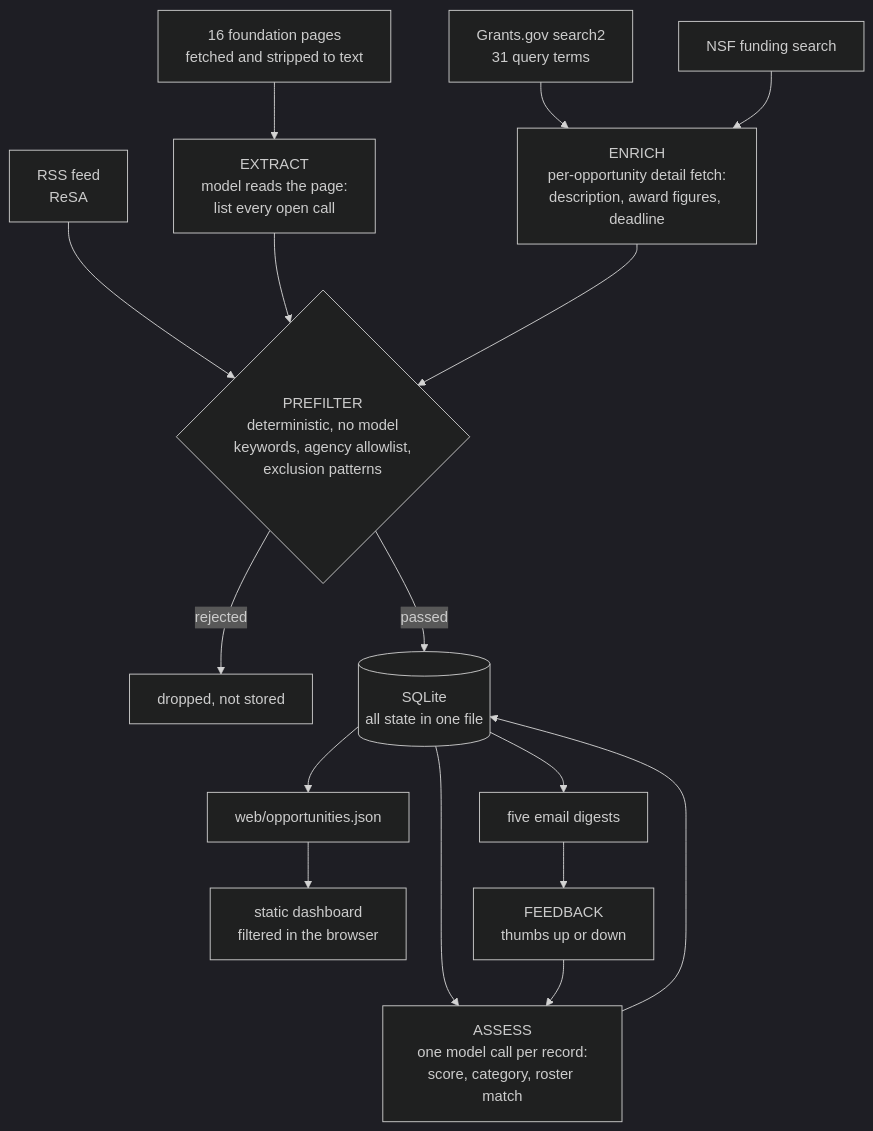
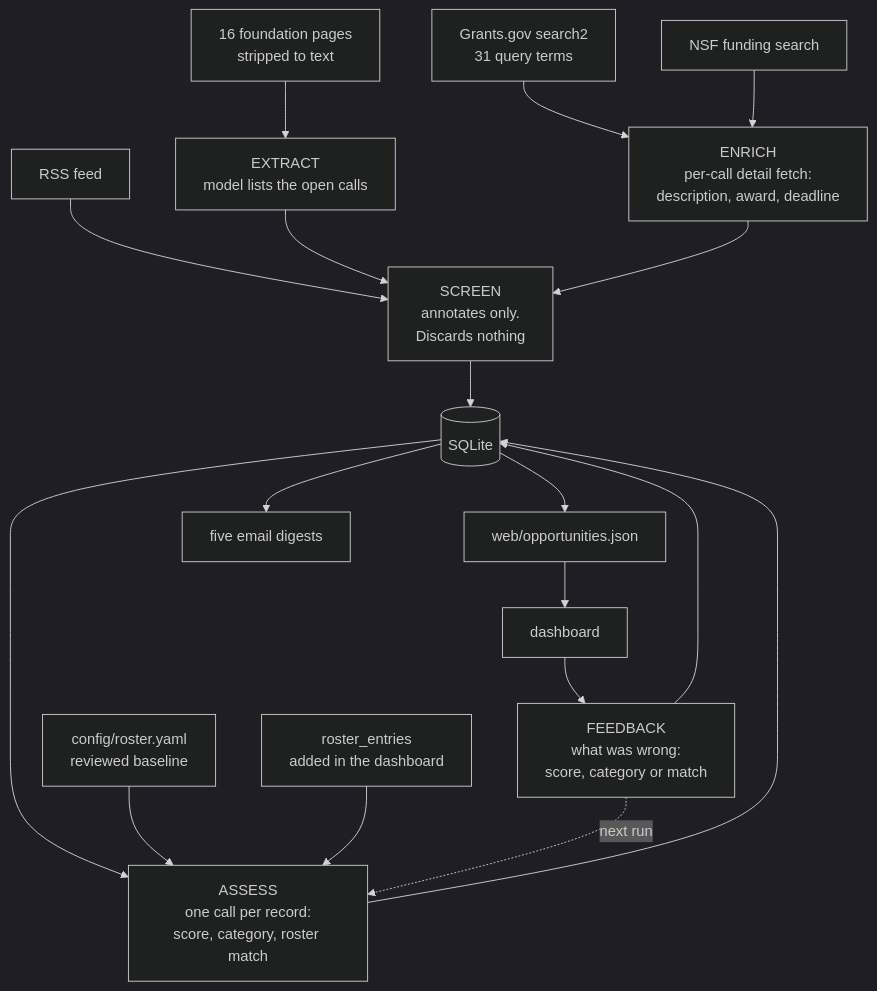
One commit to longshuicy/grant-sift changed the first of 3 diagrams in README.md. Above: the diagram before and after it, drawn with Mermaid (dark theme). The commit also changed other lines of this file and 33 other files, not shown here.

````diff
--- a/README.md
+++ b/README.md
@@ -62,23 +58,19 @@
 ```mermaid
 flowchart TD
     A1["Grants.gov search2<br/>31 query terms"] --> E
     A2["NSF funding search"] --> E
-    A3["RSS feed<br/>ReSA"] --> P
-    A4["16 foundation pages<br/>fetched and stripped to text"] --> X
-
-    X["EXTRACT<br/>model reads the page:<br/>list every open call"] --> P
-
-    E["ENRICH<br/>per-opportunity detail fetch:<br/>description, award figures, deadline"] --> P
-
-    P{"PREFILTER<br/>deterministic, no model<br/>keywords, agency allowlist,<br/>exclusion patterns"}
-    P -->|"rejected"| Z["dropped, not stored"]
-    P -->|"passed"| S[("SQLite<br/>all state in one file")]
-
-    S --> AS["ASSESS<br/>one model call per record:<br/>score, category, roster match"]
+    A3["RSS feed"] --> SC
+    A4["16 foundation pages<br/>stripped to text"] --> X
+    X["EXTRACT<br/>model lists the open calls"] --> SC
+    E["ENRICH<br/>per-call detail fetch:<br/>description, award, deadline"] --> SC
+    SC["SCREEN<br/>annotates only.<br/>Discards nothing"] --> S[("SQLite")]
+    S --> AS["ASSESS<br/>one call per record:<br/>score, category, roster match"]
+    R1["config/roster.yaml<br/>reviewed baseline"] --> AS
+    R2["roster_entries<br/>added in the dashboard"] --> AS
     AS --> S
-
-    S --> J["web/opportunities.json"] --> D["static dashboard<br/>filtered in the browser"]
+    S --> J["web/opportunities.json"] --> D["dashboard"]
     S --> G["five email digests"]
-    G --> F["FEEDBACK<br/>thumbs up or down"]
-    F --> AS
+    D --> F["FEEDBACK<br/>what was wrong:<br/>score, category or match"]
+    F --> S
+    F -.->|"next run"| AS
 ```
````
